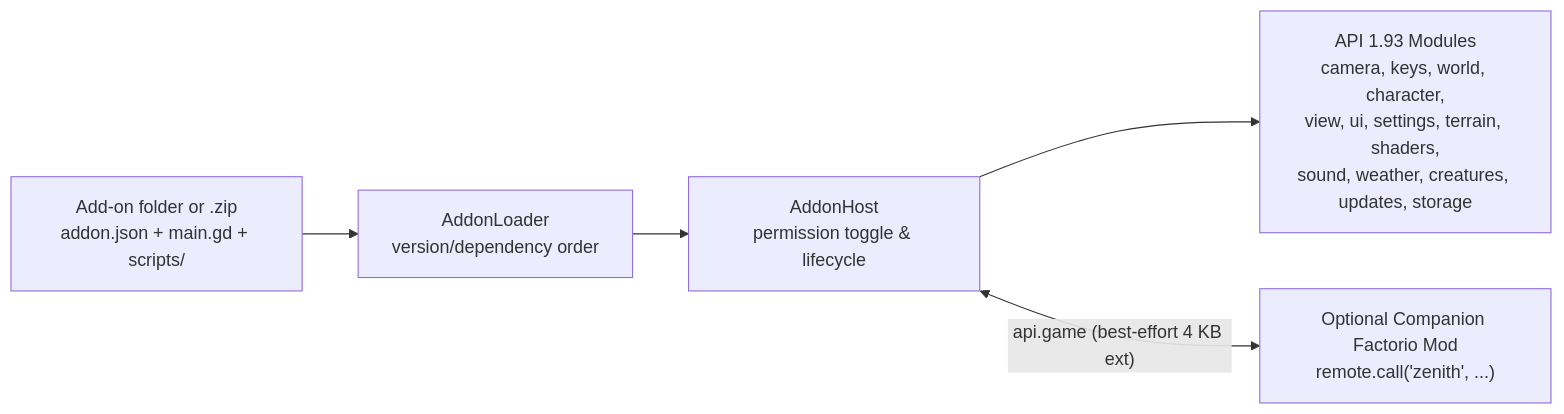
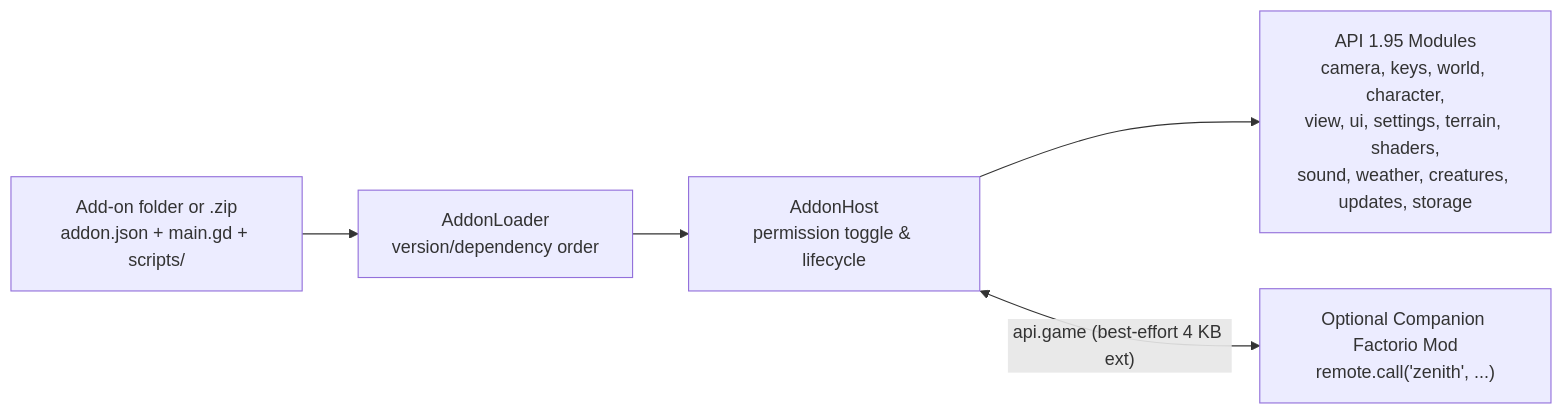
The diagram in docs/ADDONS.md (Zenith-3D-Team/Zenith), drawn with Mermaid before and after one commit. The commit also changed other lines of this file and 497 other files, not shown here.

````diff
--- a/docs/ADDONS.md
+++ b/docs/ADDONS.md
@@ -9,7 +9,7 @@
 ```mermaid
 flowchart LR
     PKG["Add-on folder or .zip<br/>addon.json + main.gd + scripts/"] --> LOADER["AddonLoader<br/>version/dependency order"]
     LOADER --> HOST["AddonHost<br/>permission toggle & lifecycle"]
-    HOST --> API["API 1.93 Modules<br/>camera, keys, world, character,<br/>view, ui, settings, terrain, shaders,<br/>sound, weather, creatures, updates, storage"]
+    HOST --> API["API 1.95 Modules<br/>camera, keys, world, character,<br/>view, ui, settings, terrain, shaders,<br/>sound, weather, creatures, updates, storage"]
     HOST <-- "api.game (best-effort 4 KB ext)" --> MOD["Optional Companion Factorio Mod<br/>remote.call('zenith', ...)"]
 ```
````
